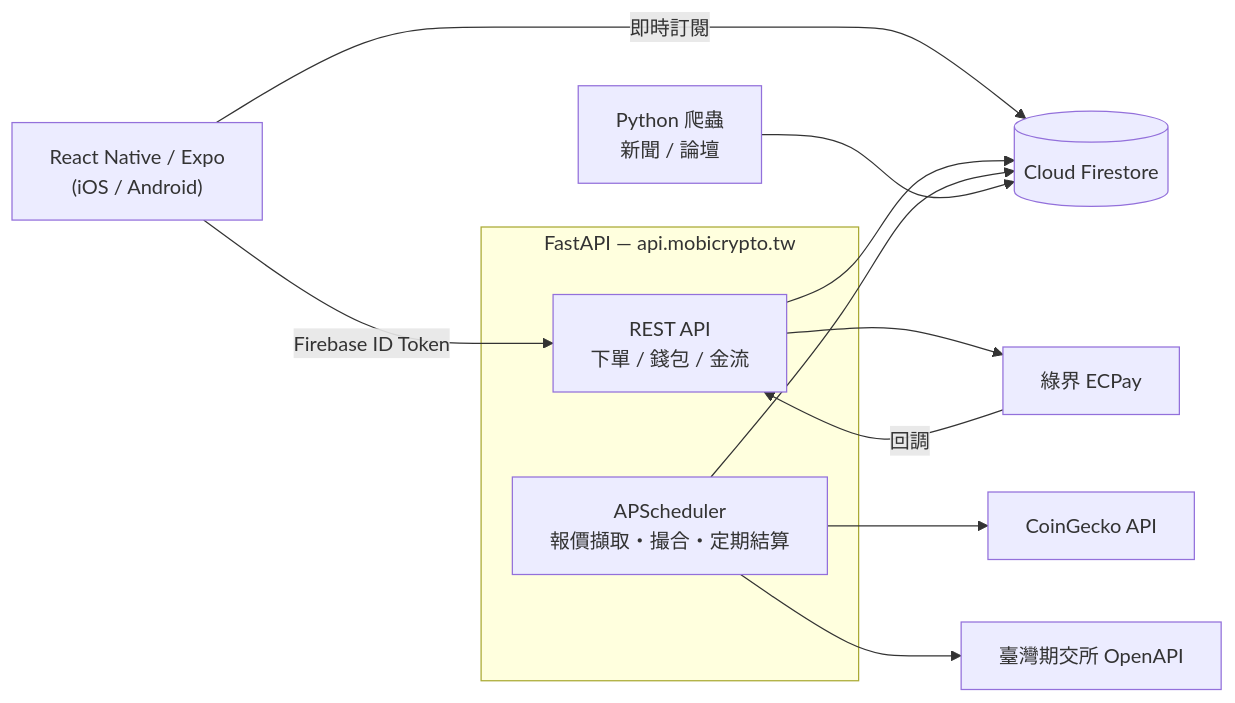
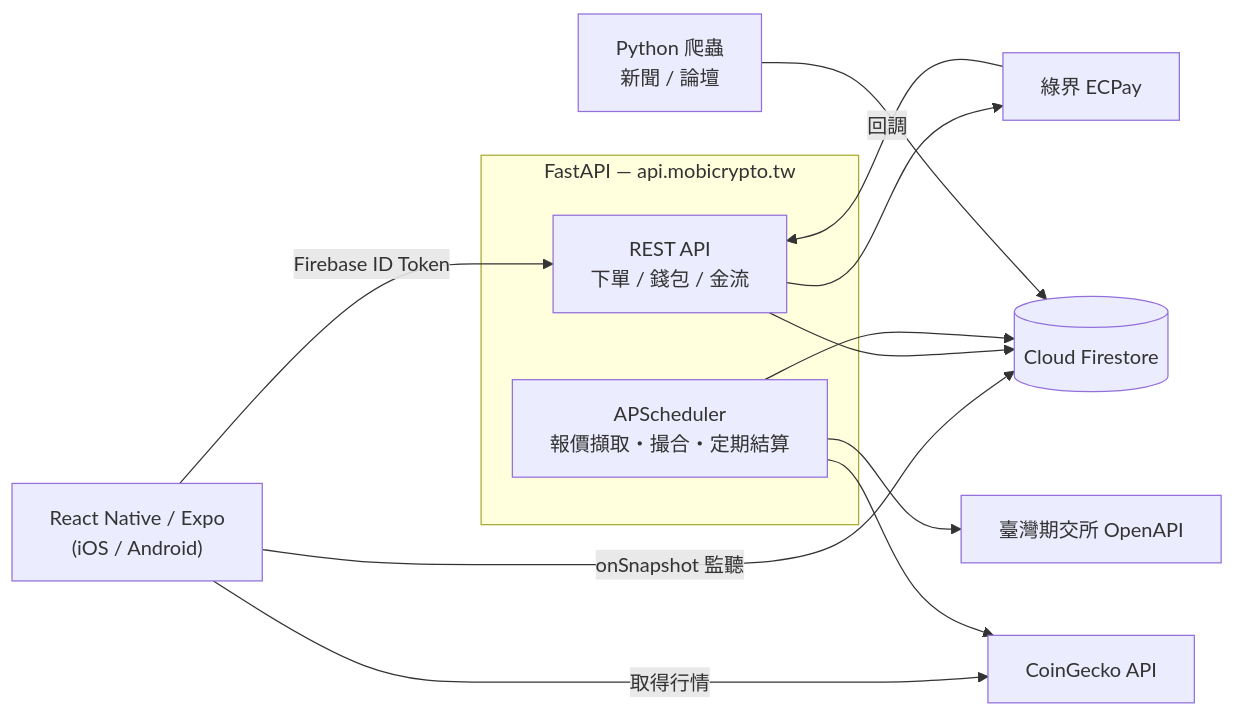
One commit to ray23883588/mobi-crypto-simulator changed the diagram in README.zh-TW.md. Above: the diagram before and after it, drawn with Mermaid. The commit also changed other lines of this file and 2 other files, not shown here.

First line of the commit message:
Correct data-flow description in README

````diff
--- a/README.zh-TW.md
+++ b/README.zh-TW.md
@@ -57,25 +57,26 @@
 ```mermaid
 flowchart LR
     RN["React Native / Expo<br/>(iOS / Android)"]
 
     subgraph Backend["FastAPI — api.mobicrypto.tw"]
         API["REST API<br/>下單 / 錢包 / 金流"]
         SCH["APScheduler<br/>報價擷取・撮合・定期結算"]
     end
 
     FS[("Cloud Firestore")]
     CR["Python 爬蟲<br/>新聞 / 論壇"]
     CG["CoinGecko API"]
     TX["臺灣期交所 OpenAPI"]
     EC["綠界 ECPay"]
 
     RN -->|"Firebase ID Token"| API
-    RN -->|"即時訂閱"| FS
+    RN -->|"onSnapshot 監聽"| FS
+    RN -->|"取得行情"| CG
     API --> FS
     SCH --> FS
     SCH --> CG
     SCH --> TX
     API --> EC
     EC -->|"回調"| API
     CR --> FS
 ```
````
